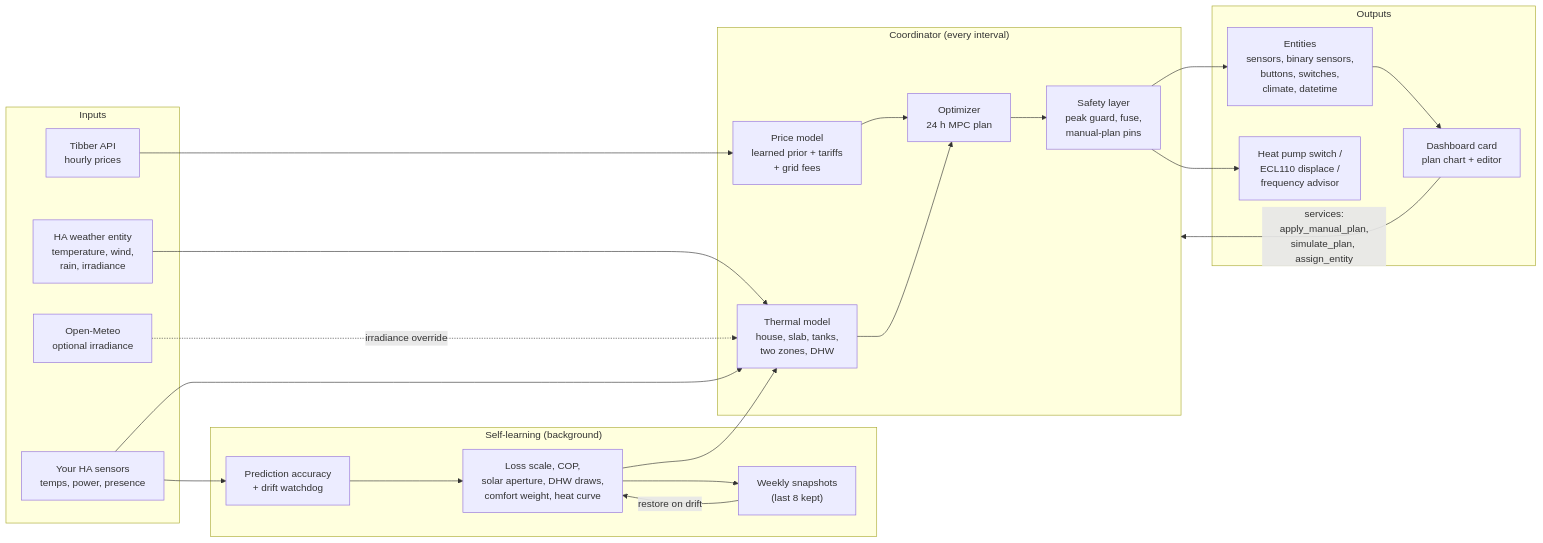
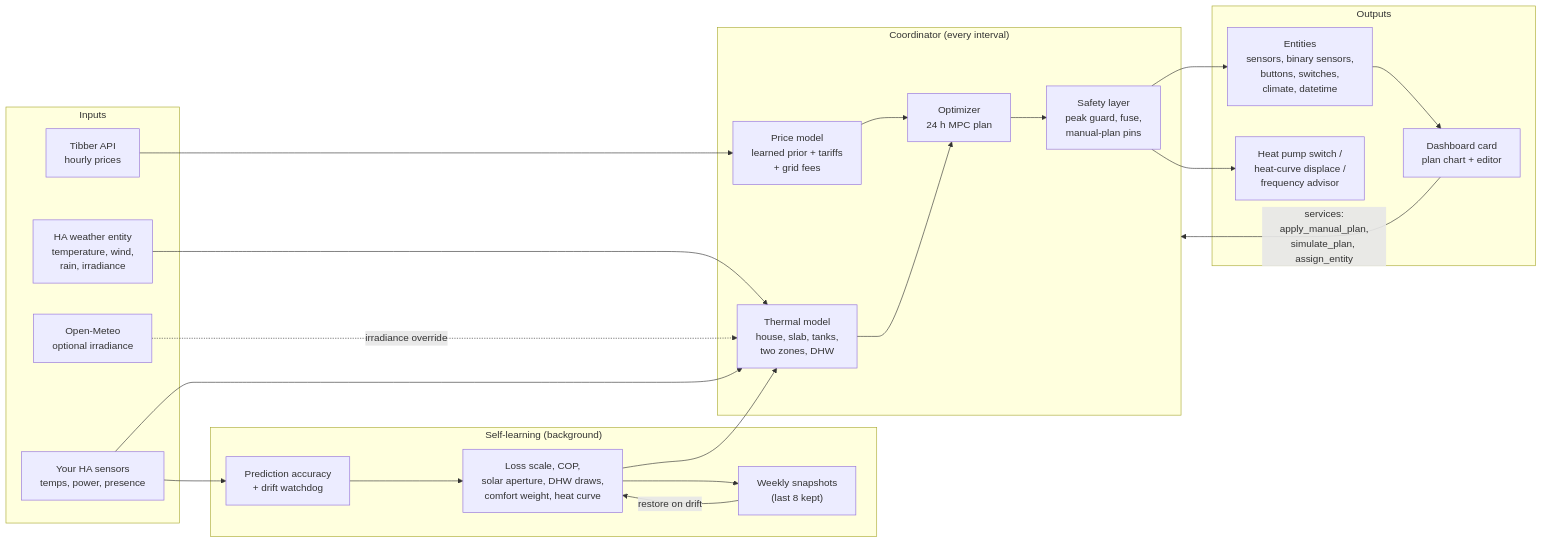
One commit to tvofi/heatpump_optimizer changed the first of 3 diagrams in README.md. Above: the diagram before and after it, drawn with Mermaid. The commit also changed other lines of this file and 25 other files, not shown here.

First line of the commit message:
Heat-curve control as the subject, the ECL110 one of three ways

````diff
--- a/README.md
+++ b/README.md
@@ -128,45 +128,45 @@
 ```mermaid
 flowchart LR
     subgraph inputs["Inputs"]
         tibber["Tibber API<br/>hourly prices"]
         weather["HA weather entity<br/>temperature, wind,<br/>rain, irradiance"]
         meteo["Open-Meteo<br/>optional irradiance"]
         ha["Your HA sensors<br/>temps, power, presence"]
     end
 
     subgraph brain["Coordinator (every interval)"]
         pm["Price model<br/>learned prior + tariffs<br/>+ grid fees"]
         tm["Thermal model<br/>house, slab, tanks,<br/>two zones, DHW"]
         opt["Optimizer<br/>24 h MPC plan"]
         guard["Safety layer<br/>peak guard, fuse,<br/>manual-plan pins"]
     end
 
     subgraph learn["Self-learning (background)"]
         acc["Prediction accuracy<br/>+ drift watchdog"]
         learners["Loss scale, COP,<br/>solar aperture, DHW draws,<br/>comfort weight, heat curve"]
         snap["Weekly snapshots<br/>(last 8 kept)"]
     end
 
     subgraph out["Outputs"]
         ent["Entities<br/>sensors, binary sensors,<br/>buttons, switches,<br/>climate, datetime"]
         card["Dashboard card<br/>plan chart + editor"]
-        ctl["Heat pump switch /<br/>ECL110 displace /<br/>frequency advisor"]
+        ctl["Heat pump switch /<br/>heat-curve displace /<br/>frequency advisor"]
     end
 
     tibber --> pm
     weather --> tm
     meteo -. "irradiance override" .-> tm
     ha --> tm
     pm --> opt
     tm --> opt
     opt --> guard
     guard --> ent
     guard --> ctl
     ent --> card
     card -- "services:<br/>apply_manual_plan,<br/>simulate_plan, assign_entity" --> brain
     acc --> learners
     learners --> tm
     learners --> snap
     snap -- "restore on drift" --> learners
     ha --> acc
 ```
````
